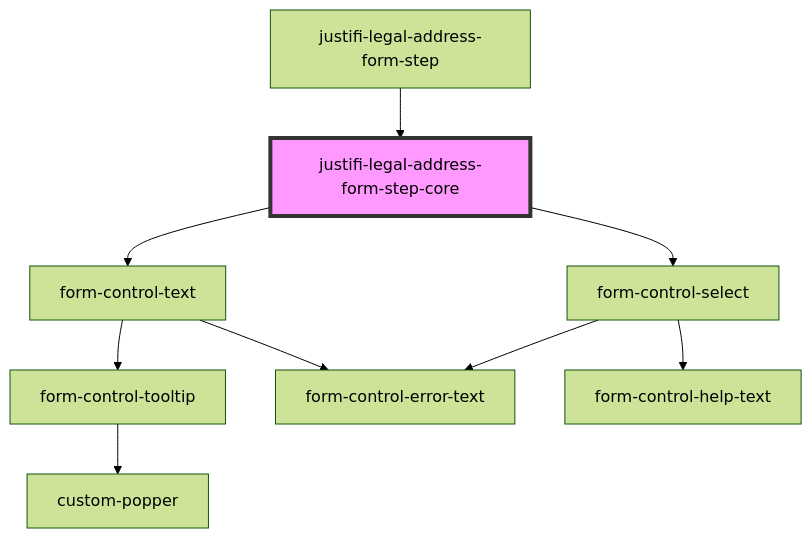
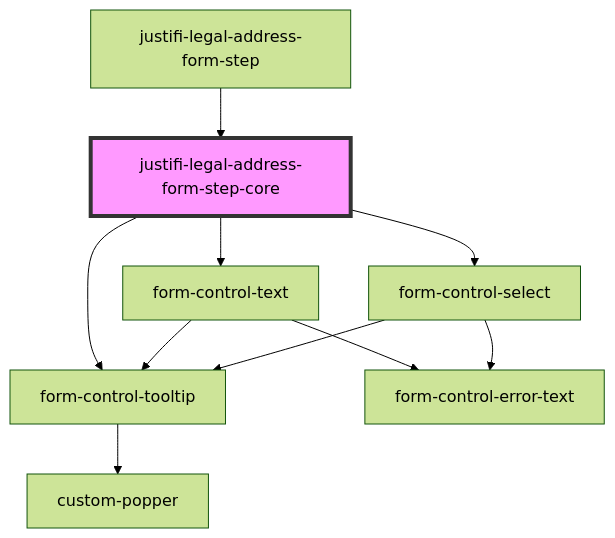
One commit to justifi-tech/web-component-library changed the diagram in packages/webcomponents/src/components/business-forms/payment-provisioning/legal-address-form/readme.md. Above: the diagram before and after it, drawn with Mermaid (forest theme). The commit also changed other lines of this file and 15 other files, not shown here.

Commit message:
Remove semi-colon from tooltip text, update readme files

````diff
--- a/packages/webcomponents/src/components/business-forms/payment-provisioning/legal-address-form/readme.md
+++ b/packages/webcomponents/src/components/business-forms/payment-provisioning/legal-address-form/readme.md
@@ -57,12 +58,13 @@
 ```mermaid
 graph TD;
+  justifi-legal-address-form-step-core --> form-control-tooltip
   justifi-legal-address-form-step-core --> form-control-text
   justifi-legal-address-form-step-core --> form-control-select
+  form-control-tooltip --> custom-popper
   form-control-text --> form-control-tooltip
   form-control-text --> form-control-error-text
-  form-control-tooltip --> custom-popper
-  form-control-select --> form-control-help-text
+  form-control-select --> form-control-tooltip
   form-control-select --> form-control-error-text
   justifi-legal-address-form-step --> justifi-legal-address-form-step-core
   style justifi-legal-address-form-step-core fill:#f9f,stroke:#333,stroke-width:4px
 ```
````
